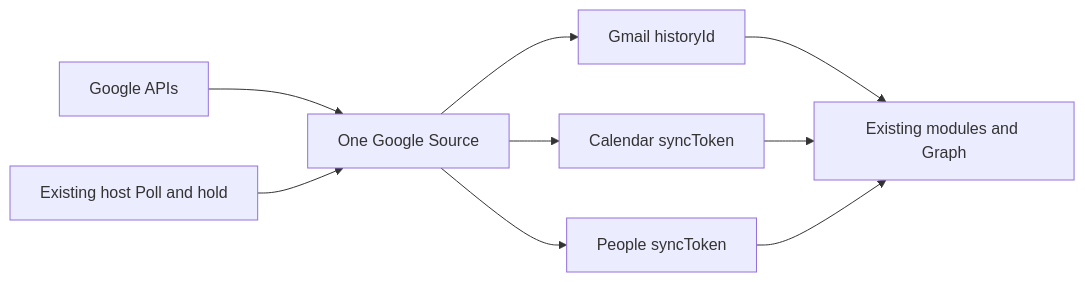
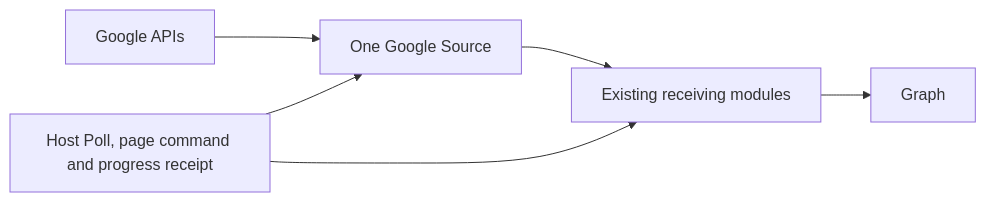
Before and after one commit to 0xmikko/magnis: the diagram in docs/plans/google-pull-sync.md, drawn with Mermaid. The commit also changed other lines of this file, not shown here.

First line of the commit message:
docs(plan): amend Google spec for host progress and catalog roots

````diff
--- a/docs/plans/google-pull-sync.md
+++ b/docs/plans/google-pull-sync.md
@@ -28,11 +30,8 @@
 ```mermaid
 flowchart LR
     GOOGLE[Google APIs] --> SOURCE[One Google Source]
-    SOURCE --> EMAIL[Gmail historyId]
-    SOURCE --> MEETINGS[Calendar syncToken]
-    SOURCE --> CONTACTS[People syncToken]
-    EMAIL --> MODULES[Existing modules and Graph]
-    MEETINGS --> MODULES
-    CONTACTS --> MODULES
-    HOST[Existing host Poll and hold] --> SOURCE
+    HOST[Host Poll, page command and progress receipt] --> SOURCE
+    HOST --> MODULES[Existing receiving modules]
+    SOURCE --> MODULES
+    MODULES --> GRAPH[Graph]
 ```
````
